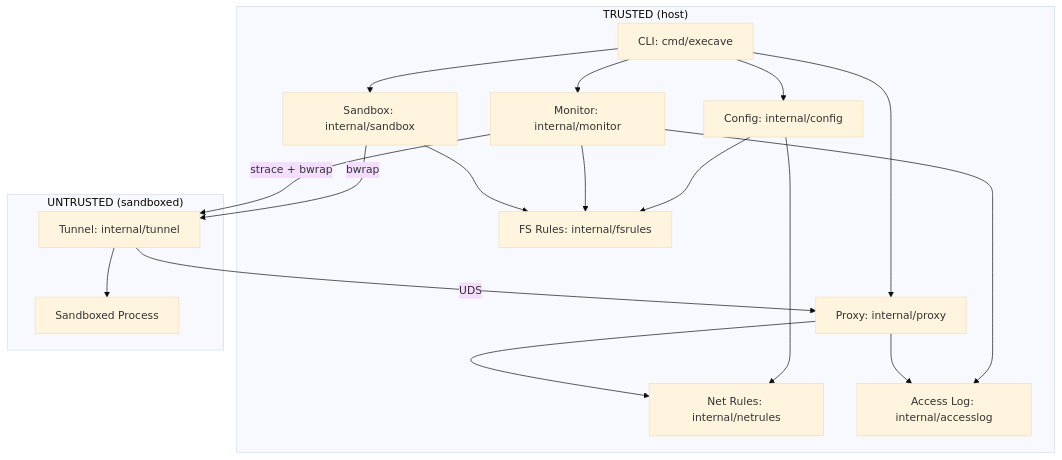
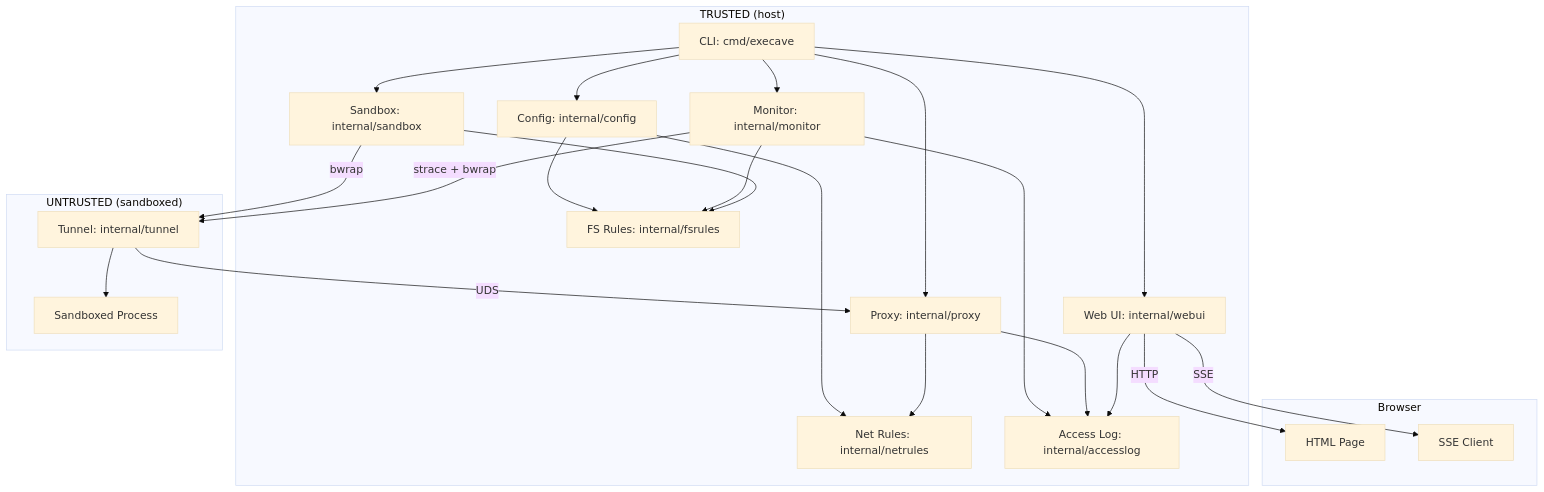
The diagram in docs/architecture.md (nonpop/execave), drawn with Mermaid (base theme) before and after one commit. The commit also changed other lines of this file and 36 other files, not shown here.

Commit message:
feat: access log web view

````diff
--- a/docs/architecture.md
+++ b/docs/architecture.md
@@ -5,34 +5,44 @@
 ```mermaid
 flowchart TB
     subgraph Trusted["TRUSTED (host)"]
         CLI[CLI: cmd/execave]
         Config[Config: internal/config]
         FSRules[FS Rules: internal/fsrules]
         NetRules[Net Rules: internal/netrules]
         AccessLog[Access Log: internal/accesslog]
         Sandbox[Sandbox: internal/sandbox]
         Monitor[Monitor: internal/monitor]
         Proxy[Proxy: internal/proxy]
+        WebUI[Web UI: internal/webui]
     end
 
     subgraph Untrusted["UNTRUSTED (sandboxed)"]
         Tunnel[Tunnel: internal/tunnel]
         Process[Sandboxed Process]
     end
 
+    subgraph Browser["Browser"]
+        Page[HTML Page]
+        SSE[SSE Client]
+    end
+
     CLI --> Config
     CLI --> Sandbox
     CLI --> Monitor
     CLI --> Proxy
+    CLI --> WebUI
     Config --> FSRules
     Config --> NetRules
     Monitor --> FSRules
     Monitor --> AccessLog
     Proxy --> NetRules
     Proxy --> AccessLog
+    WebUI --> AccessLog
     Sandbox --> FSRules
     Sandbox -->|bwrap| Tunnel
     Tunnel --> Process
     Tunnel -->|UDS| Proxy
     Monitor -->|strace + bwrap| Tunnel
+    WebUI -->|HTTP| Page
+    WebUI -->|SSE| SSE
 ```
````
